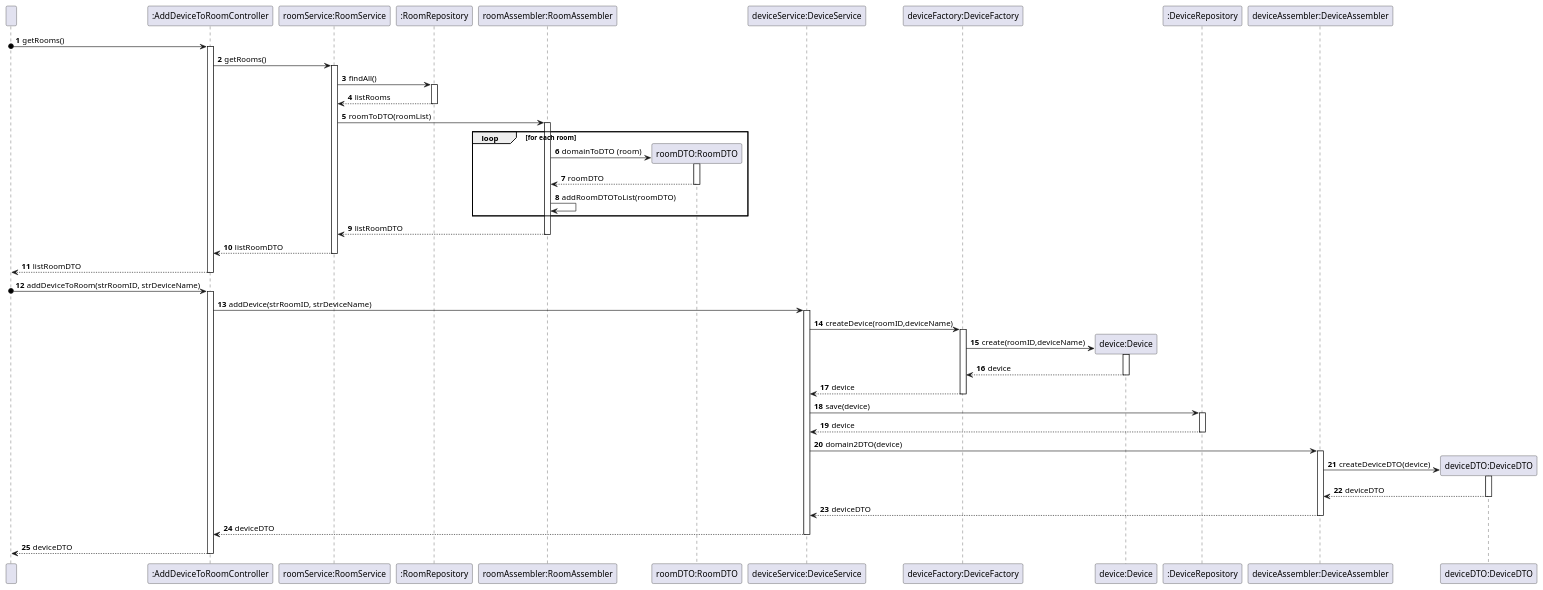
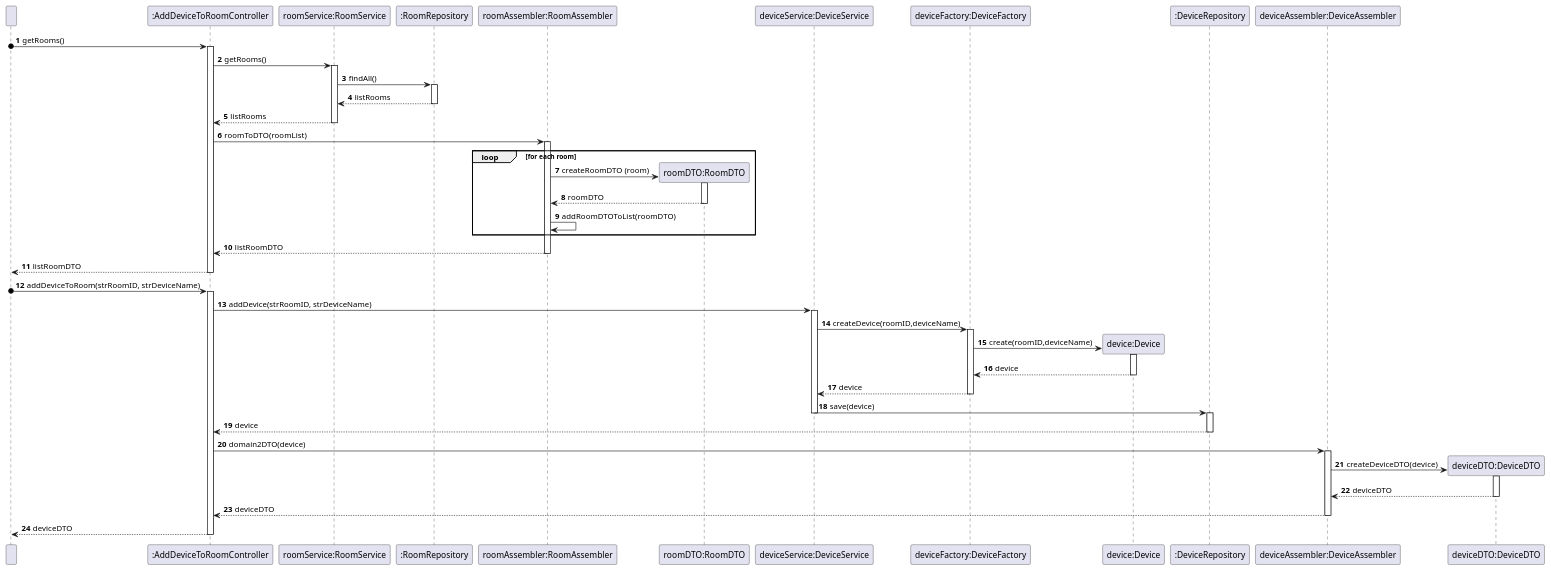
The diagram in docs/userStories/us05/artifacts/US05SD.puml (olivDiogo/SmartHome), drawn with PlantUML before and after one commit.

Commit message:
#123 [UPDATE] - DTO without passing through Service

```diff
--- a/docs/userStories/us05/artifacts/US05SD.puml
+++ b/docs/userStories/us05/artifacts/US05SD.puml
@@ -1,116 +1,113 @@
 @startuml
 !pragma layout smetana
 
 
 participant  " " as User
 
 participant ":AddDeviceToRoomController" as Controller
 participant "roomService:RoomService" as RoomService
 participant ":RoomRepository" as RoomRepo
 
 participant "roomAssembler:RoomAssembler" as RoomAssembler
 participant "roomDTO:RoomDTO" as RoomDTO
 participant "deviceAssembler:DeviceAssembler" as DeviceAssembler
 participant "deviceDTO:DeviceDTO" as DeviceDTO
 participant "device:Device" as Device
 participant "deviceService:DeviceService" as DeviceService
 participant "deviceFactory:DeviceFactory" as Factory
 participant "device :Device" as Device
 participant ":DeviceRepository" as Repository
 participant ":DeviceAssembler" as DeviceAssembler
 participant "deviceDTO :DeviceDTO" as DeviceDTO
 autonumber
 
 User o-> Controller: getRooms()
 
 activate Controller
 
 Controller -> RoomService: getRooms()
 
 activate RoomService
 
 RoomService -> RoomRepo: findAll()
 
 activate RoomRepo
 
 RoomRepo --> RoomService: listRooms
 
 deactivate RoomRepo
 
-RoomService -> RoomAssembler : roomToDTO(roomList)
+RoomService --> Controller: listRooms
+deactivate RoomService
+
+Controller -> RoomAssembler : roomToDTO(roomList)
 
 activate RoomAssembler
 
 loop for each room
 
     create RoomDTO
 
-    RoomAssembler -> RoomDTO: domainToDTO (room)
+    RoomAssembler -> RoomDTO: createRoomDTO (room)
 
      activate RoomDTO
 
      RoomDTO --> RoomAssembler: roomDTO
 
       deactivate RoomDTO
 
      RoomAssembler -> RoomAssembler: addRoomDTOToList(roomDTO)
 
 end
-RoomAssembler --> RoomService: listRoomDTO
+RoomAssembler --> Controller: listRoomDTO
 
 deactivate RoomAssembler
 
-RoomService --> Controller: listRoomDTO
-
-deactivate RoomService
 Controller --> User : listRoomDTO
 deactivate Controller
 
 
 User o-> Controller : addDeviceToRoom(strRoomID, strDeviceName)
 activate Controller
 
 Controller -> DeviceService : addDevice(strRoomID, strDeviceName)
 activate DeviceService
 
 DeviceService -> Factory : createDevice(roomID,deviceName)
 activate Factory
 
 create Device
 Factory -> Device : create(roomID,deviceName)
 
 activate Device
 Device --> Factory : device
 
 deactivate Device
 Factory --> DeviceService : device
 
 deactivate Factory
 DeviceService -> Repository : save(device)
+deactivate DeviceService
 
 activate Repository
 
-Repository --> DeviceService : device
+Repository --> Controller: device
 deactivate Repository
 
 
-DeviceService -> DeviceAssembler : domain2DTO(device)
+Controller -> DeviceAssembler : domain2DTO(device)
 create DeviceDTO
 
 activate DeviceAssembler
 DeviceAssembler -> DeviceDTO : createDeviceDTO(device)
 
 activate DeviceDTO
 DeviceDTO --> DeviceAssembler : deviceDTO
 deactivate DeviceDTO
 
-DeviceAssembler --> DeviceService : deviceDTO
+DeviceAssembler --> Controller : deviceDTO
 deactivate DeviceAssembler
-
-
-DeviceService --> Controller : deviceDTO
-deactivate DeviceService
 
 Controller --> User : deviceDTO
 deactivate Controller
 @enduml
```
